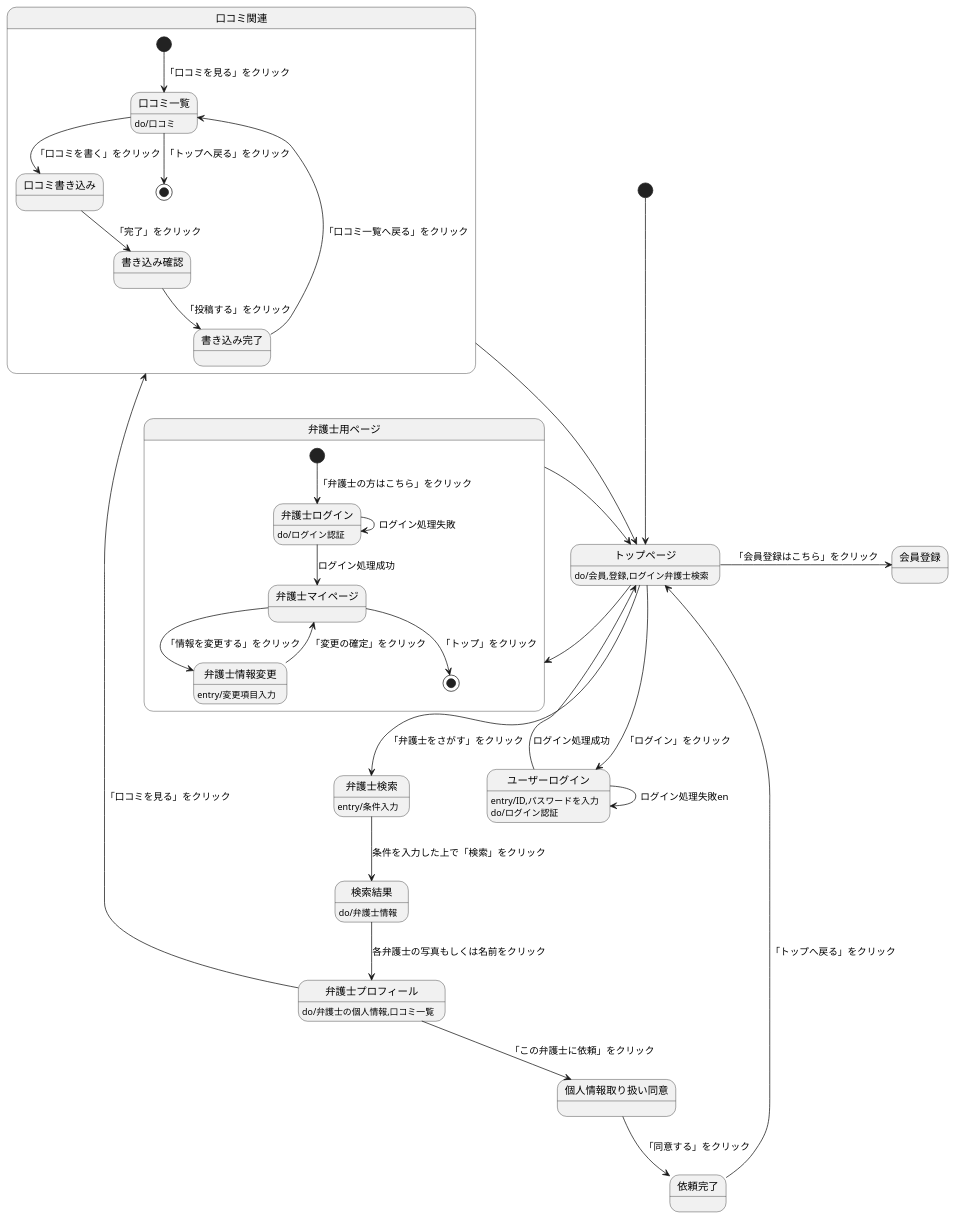
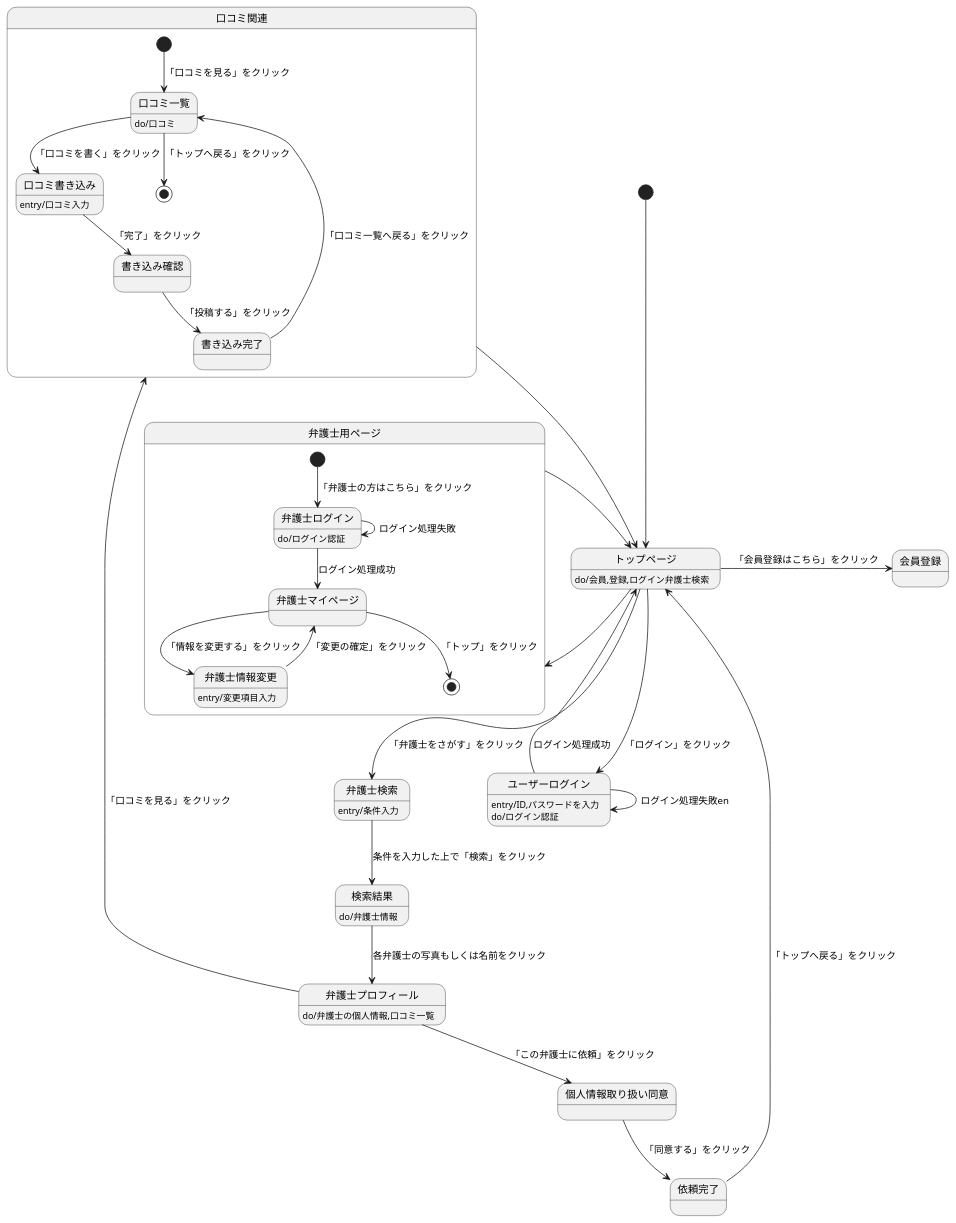
One commit to Aso2001374/2021sys-design changed the diagram in 0524kadai.md. Above: the diagram before and after it, drawn with PlantUML.

````diff
--- a/0524kadai.md
+++ b/0524kadai.md
@@ -1,54 +1,56 @@
 ```uml
 @startuml
 [*] --> トップページ
 トップページ -> 会員登録:「会員登録はこちら」をクリック
 トップページ --> ユーザーログイン:「ログイン」をクリック
 トップページ:do/会員,登録,ログイン弁護士検索
 
 ユーザーログイン--> トップページ: ログイン処理成功
 ユーザーログイン--> ユーザーログイン: ログイン処理失敗en
 ユーザーログイン:entry/ID,パスワードを入力
 ユーザーログイン:do/ログイン認証
 
 トップページ -left-> 弁護士用ページ
 state 弁護士用ページ{
 [*] --> 弁護士ログイン:「弁護士の方はこちら」をクリック
 弁護士ログイン--> 弁護士ログイン: ログイン処理失敗
 弁護士ログイン--> 弁護士マイページ: ログイン処理成功
 弁護士ログイン:do/ログイン認証
 
 弁護士マイページ--> 弁護士情報変更: 「情報を変更する」をクリック
 弁護士情報変更--> 弁護士マイページ: 「変更の確定」をクリック
 弁護士情報変更:entry/変更項目入力
 弁護士マイページ--> [*]: 「トップ」をクリック
 }
 弁護士用ページ -right-> トップページ
 
 トップページ --> 弁護士検索:「弁護士をさがす」をクリック
 弁護士検索 --> 検索結果: 条件を入力した上で「検索」をクリック
 弁護士検索:entry/条件入力
 
 検索結果 -down-> 弁護士プロフィール: 各弁護士の写真もしくは名前をクリック
 検索結果:do/弁護士情報
 
 弁護士プロフィール -left-> 口コミ関連:「口コミを見る」をクリック
 弁護士プロフィール --> 個人情報取り扱い同意:「この弁護士に依頼」をクリック
 弁護士プロフィール:do/弁護士の個人情報,口コミ一覧
 
 個人情報取り扱い同意-->依頼完了:「同意する」をクリック
 依頼完了-->トップページ:「トップへ戻る」をクリック
 
 state 口コミ関連{
 [*] --> 口コミ一覧 : 「口コミを見る」をクリック
 口コミ一覧 --> 口コミ書き込み:「口コミを書く」をクリック
 口コミ一覧:do/口コミ
 
 口コミ書き込み --> 書き込み確認:「完了」をクリック
+口コミ書き込み:entry/口コミ入力
+
 書き込み確認 --> 書き込み完了:「投稿する」をクリック
 書き込み完了 --> 口コミ一覧:「口コミ一覧へ戻る」をクリック
 口コミ一覧 --> [*]:「トップへ戻る」をクリック
 }
 口コミ関連 --> トップページ
 
 @enduml
 ```
````
